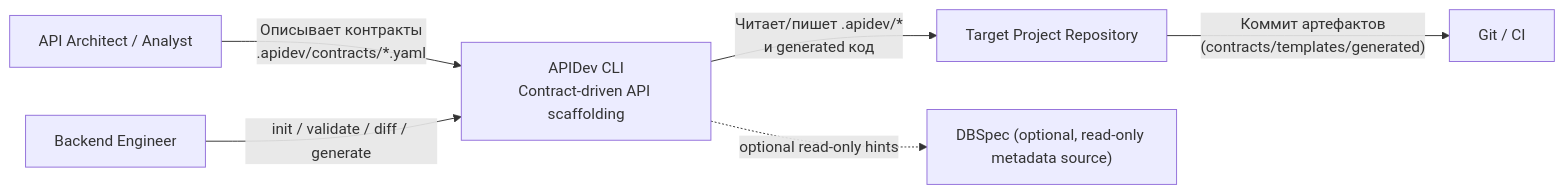
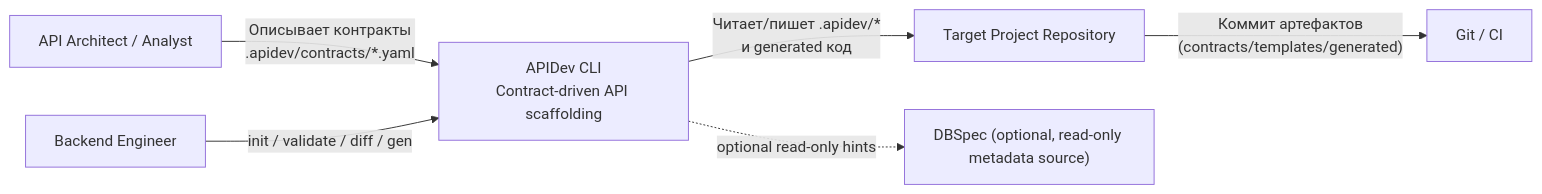
One commit to alexey-gladilin/apidev changed the diagram in docs/architecture/c4-context.md. Above: the diagram before and after it, drawn with Mermaid. The commit also changed other lines of this file and 31 other files, not shown here.

````diff
--- a/docs/architecture/c4-context.md
+++ b/docs/architecture/c4-context.md
@@ -9,17 +9,17 @@
 ```mermaid
 flowchart LR
     Architect["API Architect / Analyst"]
     Engineer["Backend Engineer"]
     Repo["Target Project Repository"]
     Git["Git / CI"]
     DBSpec["DBSpec (optional, read-only metadata source)"]
 
     APIDev["APIDev CLI\nContract-driven API scaffolding"]
 
     Architect -->|"Описывает контракты\n.apidev/contracts/*.yaml"| APIDev
-    Engineer -->|"init / validate / diff / generate"| APIDev
+    Engineer -->|"init / validate / diff / gen"| APIDev
 
     APIDev -->|"Читает/пишет .apidev/*\nи generated код"| Repo
     Repo -->|"Коммит артефактов\n(contracts/templates/generated)"| Git
     APIDev -. optional read-only hints .-> DBSpec
 ```
````
